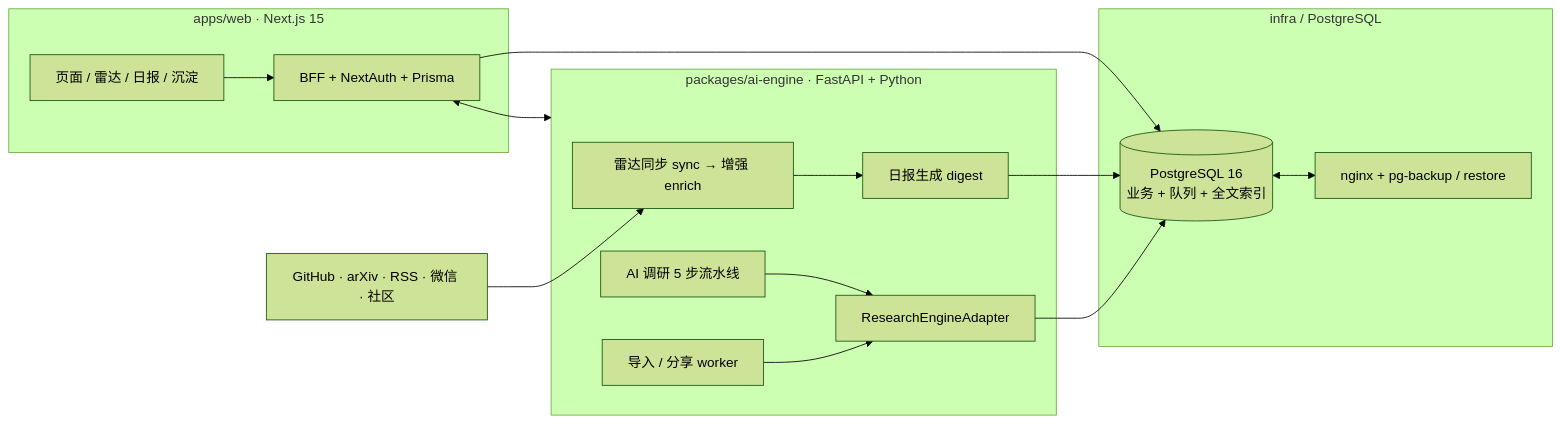
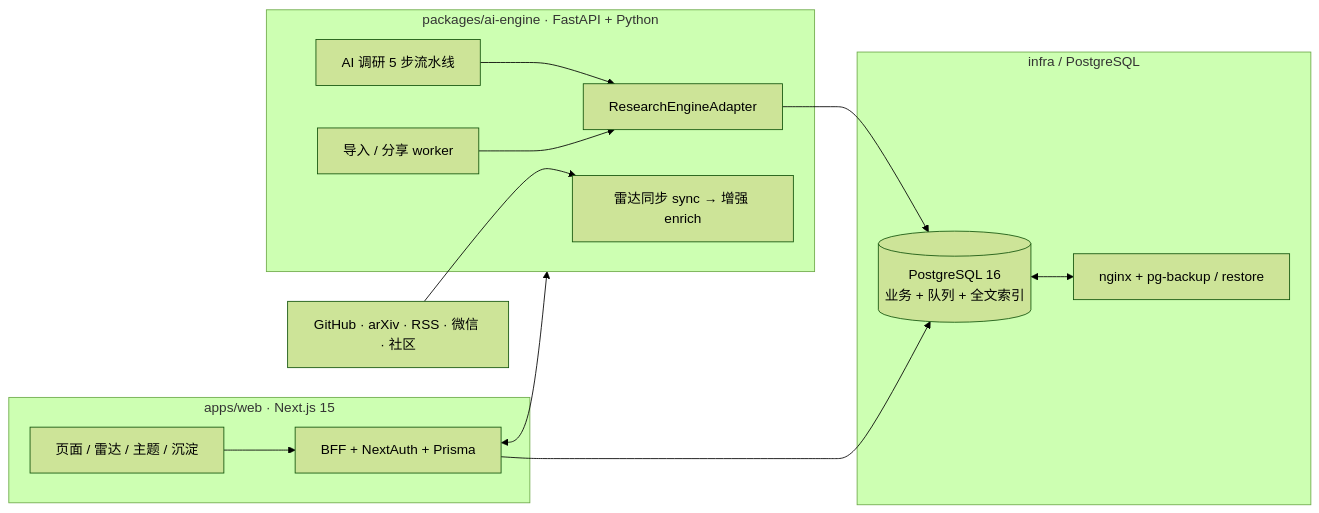
One commit to csbpku/deep_research changed the diagram in README.md. Above: the diagram before and after it, drawn with Mermaid (forest theme). The commit also changed other lines of this file and 105 other files, not shown here.

````diff
--- a/README.md
+++ b/README.md
@@ -27,31 +27,28 @@
 ```mermaid
 flowchart LR
     subgraph Web["apps/web · Next.js 15"]
-        UI["页面 / 雷达 / 日报 / 沉淀"]
+        UI["页面 / 雷达 / 主题 / 沉淀"]
         BFF["BFF + NextAuth + Prisma"]
     end
 
     subgraph Engine["packages/ai-engine · FastAPI + Python"]
         Radar["雷达同步 sync → 增强 enrich"]
-        Digest["日报生成 digest"]
         Research["AI 调研 5 步流水线"]
         Worker["导入 / 分享 worker"]
         Adapter["ResearchEngineAdapter"]
     end
 
     subgraph Infra["infra / PostgreSQL"]
         DB[("PostgreSQL 16<br/>业务 + 队列 + 全文索引")]
         Nginx["nginx + pg-backup / restore"]
     end
 
     Sources["GitHub · arXiv · RSS · 微信 · 社区"] --> Radar
     UI --> BFF
     BFF --> DB
     BFF <--> Engine
-    Radar --> Digest
-    Digest --> DB
     Research --> Adapter
     Worker --> Adapter
     Adapter --> DB
     DB <--> Nginx
 ```
````
